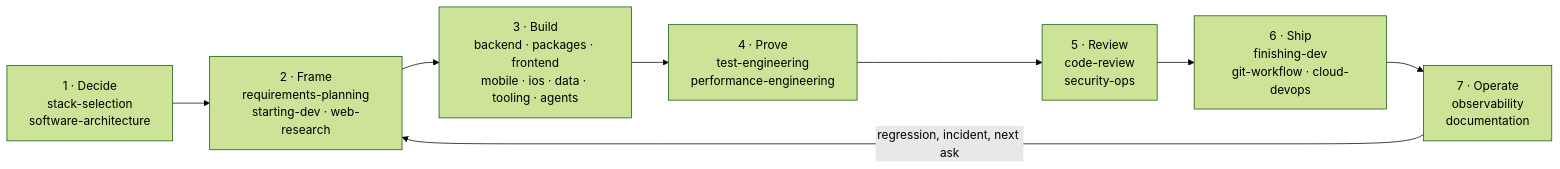
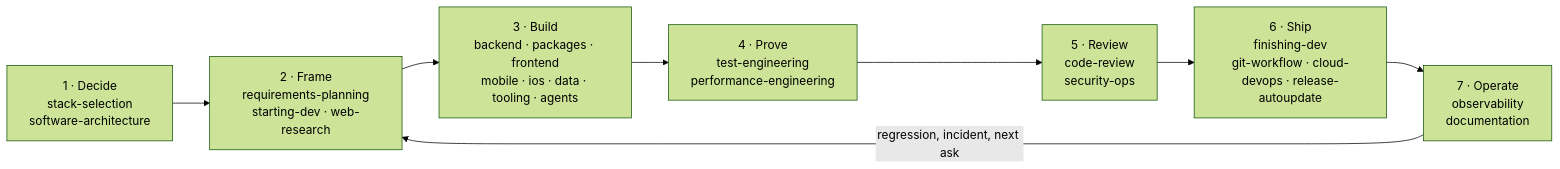
The second of 2 diagrams in README.md (juninmd/skills), drawn with Mermaid (forest theme) before and after one commit. The commit also changed other lines of this file and 4 other files, not shown here.

First line of the commit message:
docs(readme): enhance README with interactive demo GIF, lifecycle flows, and skill architecture

````diff
--- a/README.md
+++ b/README.md
@@ -145,10 +183,10 @@
 ```mermaid
 flowchart LR
     A["1 · Decide<br/>stack-selection<br/>software-architecture"] --> B["2 · Frame<br/>requirements-planning<br/>starting-dev · web-research"]
     B --> C["3 · Build<br/>backend · packages · frontend<br/>mobile · ios · data · tooling · agents"]
     C --> D["4 · Prove<br/>test-engineering<br/>performance-engineering"]
     D --> E["5 · Review<br/>code-review<br/>security-ops"]
-    E --> F["6 · Ship<br/>finishing-dev<br/>git-workflow · cloud-devops"]
+    E --> F["6 · Ship<br/>finishing-dev<br/>git-workflow · cloud-devops · release-autoupdate"]
     F --> G["7 · Operate<br/>observability<br/>documentation"]
     G -->|regression, incident, next ask| B
 ```
````
